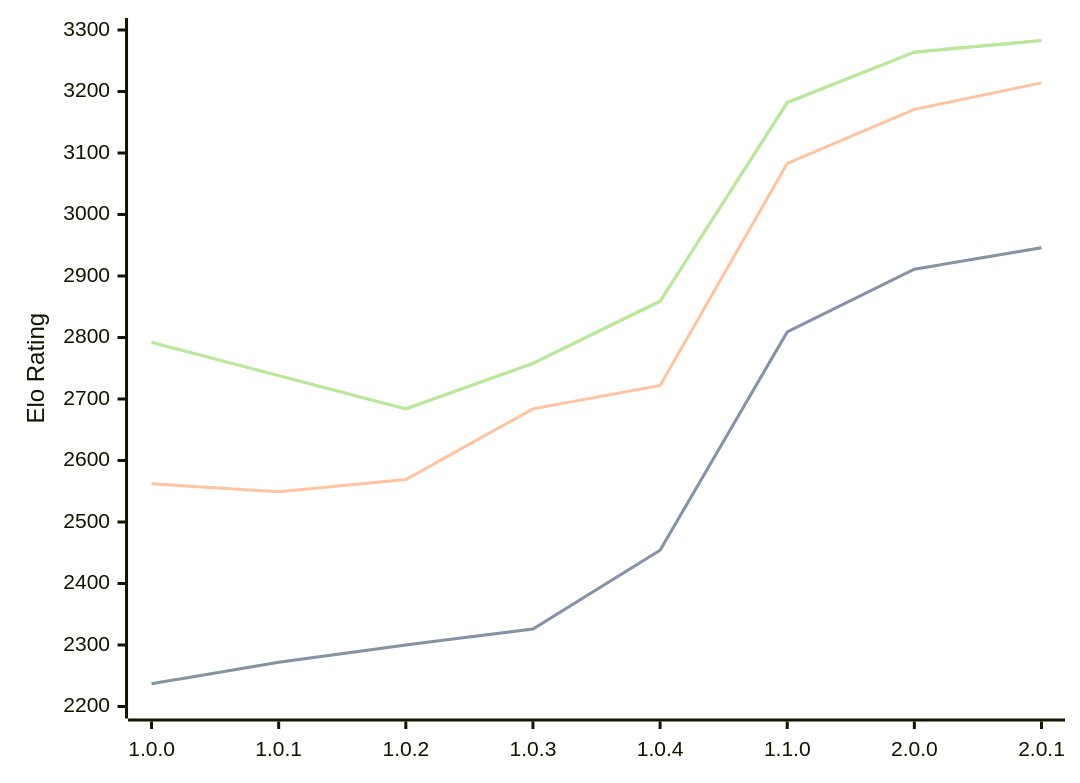
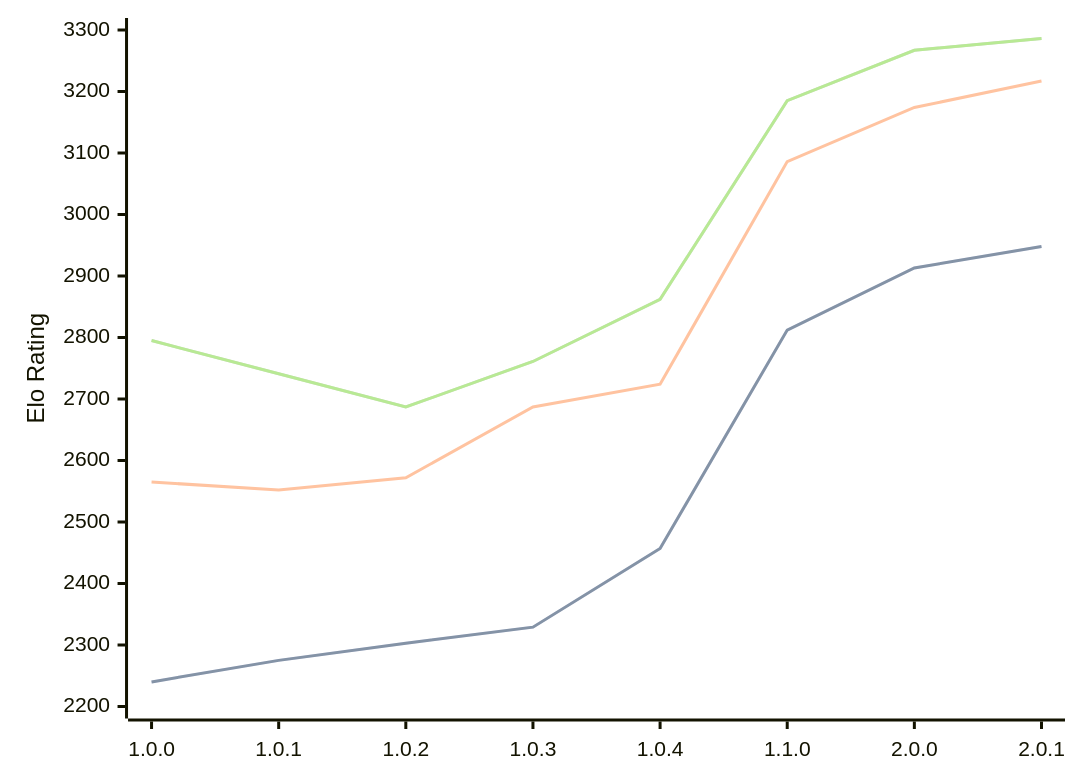
The diagram in engines/Grail.md (computer-chess-index/cci), drawn with Mermaid before and after one commit. The commit also changed other lines of this file, not shown here.

Commit message:
Update CCI Ratings (ELO VLTC) - 2026-09-24

````diff
--- a/engines/Grail.md
+++ b/engines/Grail.md
@@ -38,11 +38,11 @@
 ```mermaid
 %%{init: {"theme":"base","themeVariables":{"seriesColors:['#a3a3a3','#222221','#faa371']}}}%%
 xychart-beta
   x-axis ["1.0.0", "1.0.1", "1.0.2", "1.0.3", "1.0.4", "1.1.0", "2.0.0", "2.0.1"]
   y-axis "Elo Rating" 2200 --> 3300
-  line "" [2237, 2272, 2300, 2326, 2454, 2809, 2911, 2946]
-  line "STC (8.0+0.08s)" [2237, 2272, 2300, 2326, 2454, 2809, 2911, 2946]
-  line "LTC (60.0+0.60s)" [2562, 2549, 2569, 2684, 2722, 3083, 3171, 3214]
-  line "" [2792, 2738, 2684, 2758, 2859, 3182, 3264, 3283]
-  line "VLTC (2m24s+1.12s)" [2792, 2738, 2684, 2758, 2859, 3182, 3264, 3283]
+  line "" [2240, 2275, 2303, 2329, 2457, 2812, 2913, 2948]
+  line "STC (8.0+0.08s)" [2240, 2275, 2303, 2329, 2457, 2812, 2913, 2948]
+  line "LTC (60.0+0.60s)" [2565, 2552, 2572, 2687, 2724, 3086, 3174, 3217]
+  line "" [2795, 2741, 2687, 2761, 2862, 3185, 3267, 3286]
+  line "VLTC (2m24s+1.12s)" [2795, 2741, 2687, 2761, 2862, 3185, 3267, 3286]
 ```
````
